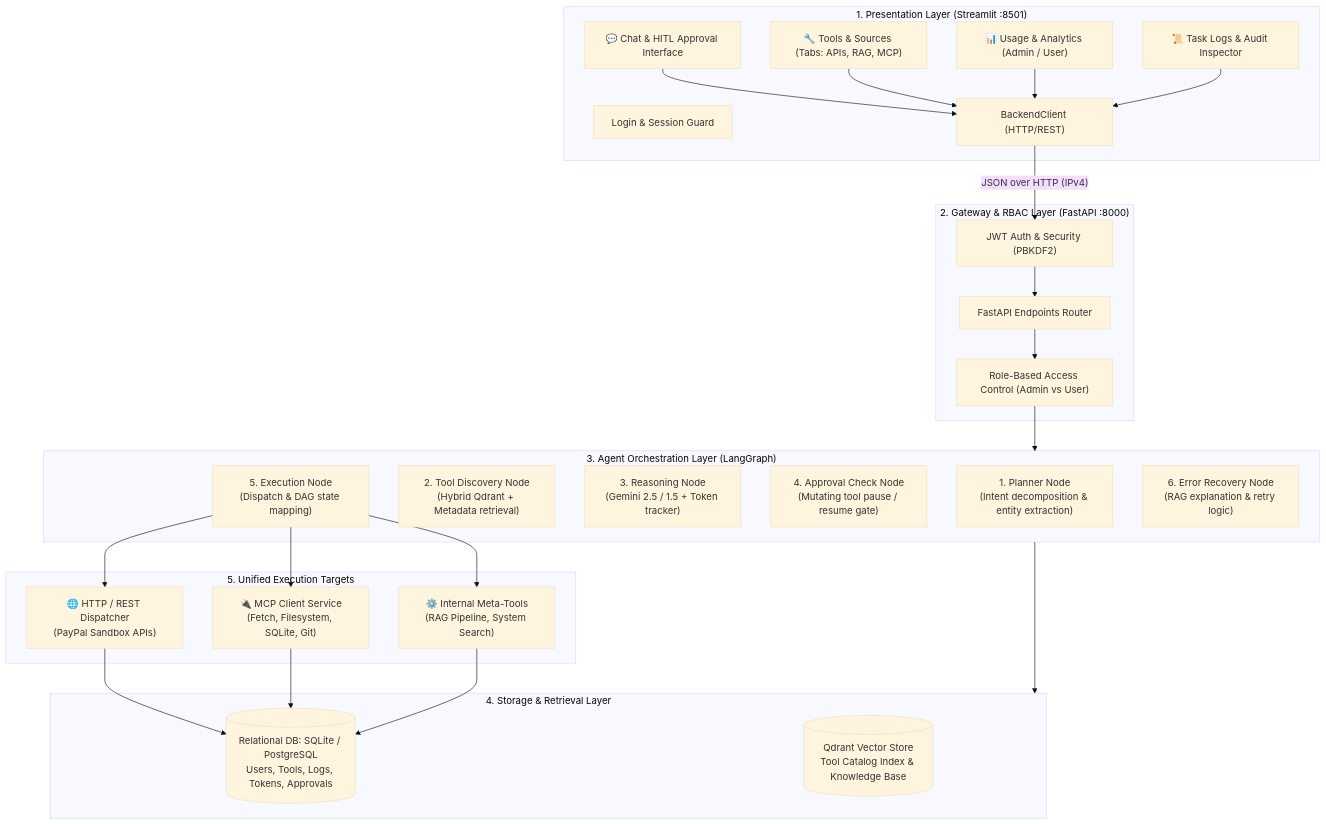
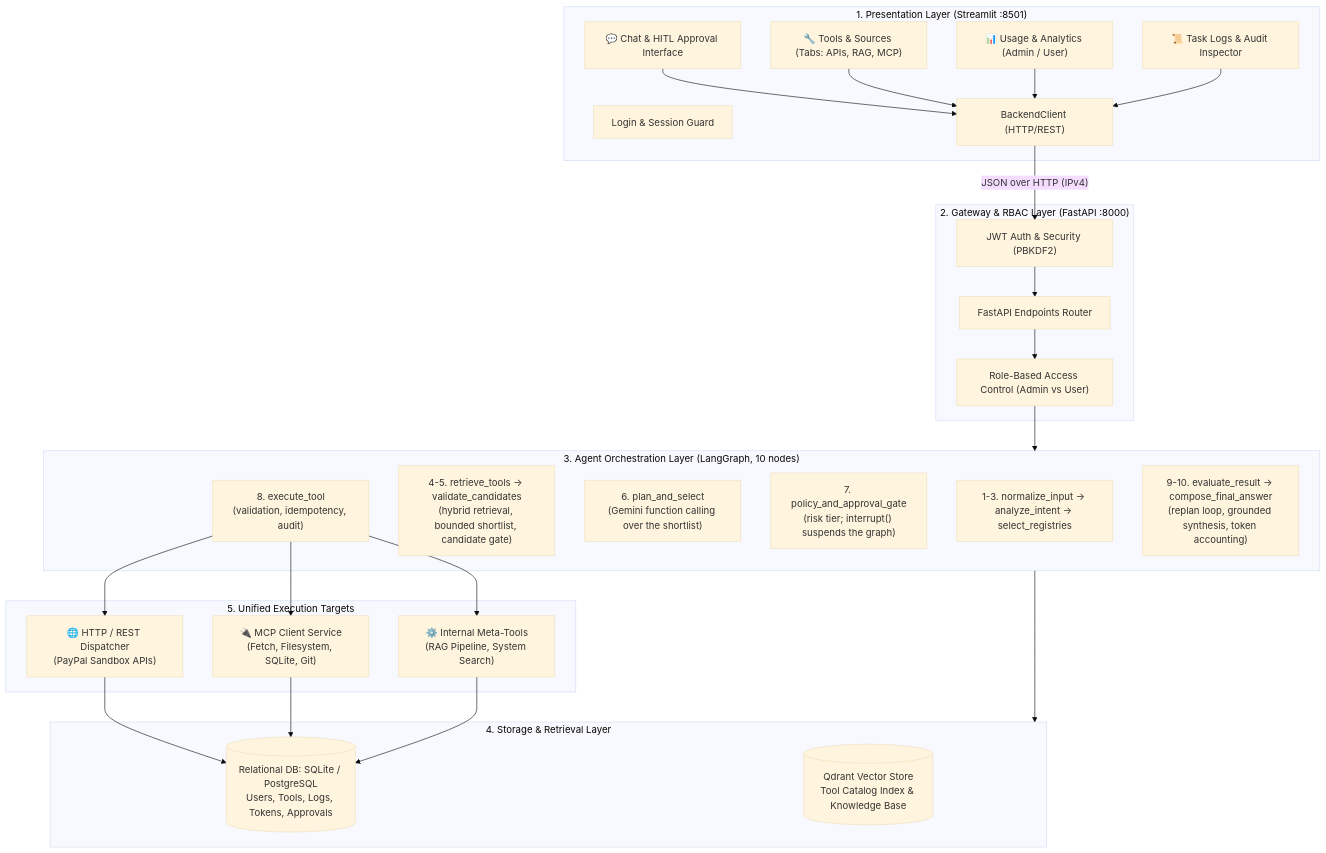
One commit to Dhivakarsa/Agent_platform changed the first of 5 diagrams in ARCHITECTURE_AND_WORKFLOW.md. Above: the diagram before and after it, drawn with Mermaid (base theme). The commit also changed other lines of this file and 44 other files, not shown here.

````diff
--- a/ARCHITECTURE_AND_WORKFLOW.md
+++ b/ARCHITECTURE_AND_WORKFLOW.md
@@ -11,54 +11,54 @@
 ```mermaid
 flowchart TD
     subgraph FrontendLayer["1. Presentation Layer (Streamlit :8501)"]
         UI_Auth["Login & Session Guard"]
         UI_Chat["💬 Chat & HITL Approval Interface"]
         UI_Tools["🔧 Tools & Sources (Tabs: APIs, RAG, MCP)"]
         UI_Usage["📊 Usage & Analytics (Admin / User)"]
         UI_Logs["📜 Task Logs & Audit Inspector"]
         BClient["BackendClient (HTTP/REST)"]
     end
 
     subgraph GatewayLayer["2. Gateway & RBAC Layer (FastAPI :8000)"]
         AuthMiddleware["JWT Auth & Security (PBKDF2)"]
         APIRouter["FastAPI Endpoints Router"]
         RBAC["Role-Based Access Control (Admin vs User)"]
     end
 
-    subgraph AgenticLayer["3. Agent Orchestration Layer (LangGraph)"]
-        PlannerNode["1. Planner Node\n(Intent decomposition & entity extraction)"]
-        DiscoveryNode["2. Tool Discovery Node\n(Hybrid Qdrant + Metadata retrieval)"]
-        ReasoningNode["3. Reasoning Node\n(Gemini 2.5 / 1.5 + Token tracker)"]
-        ApprovalNode["4. Approval Check Node\n(Mutating tool pause / resume gate)"]
-        ExecutionNode["5. Execution Node\n(Dispatch & DAG state mapping)"]
-        RecoveryNode["6. Error Recovery Node\n(RAG explanation & retry logic)"]
+    subgraph AgenticLayer["3. Agent Orchestration Layer (LangGraph, 10 nodes)"]
+        PlannerNode["1-3. normalize_input → analyze_intent → select_registries"]
+        DiscoveryNode["4-5. retrieve_tools → validate_candidates\n(hybrid retrieval, bounded shortlist, candidate gate)"]
+        ReasoningNode["6. plan_and_select\n(Gemini function calling over the shortlist)"]
+        ApprovalNode["7. policy_and_approval_gate\n(risk tier; interrupt() suspends the graph)"]
+        ExecutionNode["8. execute_tool\n(validation, idempotency, audit)"]
+        RecoveryNode["9-10. evaluate_result → compose_final_answer\n(replan loop, grounded synthesis, token accounting)"]
     end
 
     subgraph StorageLayer["4. Storage & Retrieval Layer"]
         SQL[(Relational DB: SQLite / PostgreSQL\nUsers, Tools, Logs, Tokens, Approvals)]
         VectorDB[(Qdrant Vector Store\nTool Catalog Index & Knowledge Base)]
     end
 
     subgraph ExecutionLayer["5. Unified Execution Targets"]
         HttpAdapter["🌐 HTTP / REST Dispatcher\n(PayPal Sandbox APIs)"]
         McpAdapter["🔌 MCP Client Service\n(Fetch, Filesystem, SQLite, Git)"]
         MetaAdapter["⚙️ Internal Meta-Tools\n(RAG Pipeline, System Search)"]
     end
 
     UI_Chat --> BClient
     UI_Tools --> BClient
     UI_Usage --> BClient
     UI_Logs --> BClient
     BClient -->|"JSON over HTTP (IPv4)"| AuthMiddleware
     AuthMiddleware --> APIRouter
     APIRouter --> RBAC
     RBAC --> AgenticLayer
     
     AgenticLayer --> StorageLayer
     ExecutionNode --> HttpAdapter
     ExecutionNode --> McpAdapter
     ExecutionNode --> MetaAdapter
     HttpAdapter --> SQL
     McpAdapter --> SQL
     MetaAdapter --> SQL
 ```
````
